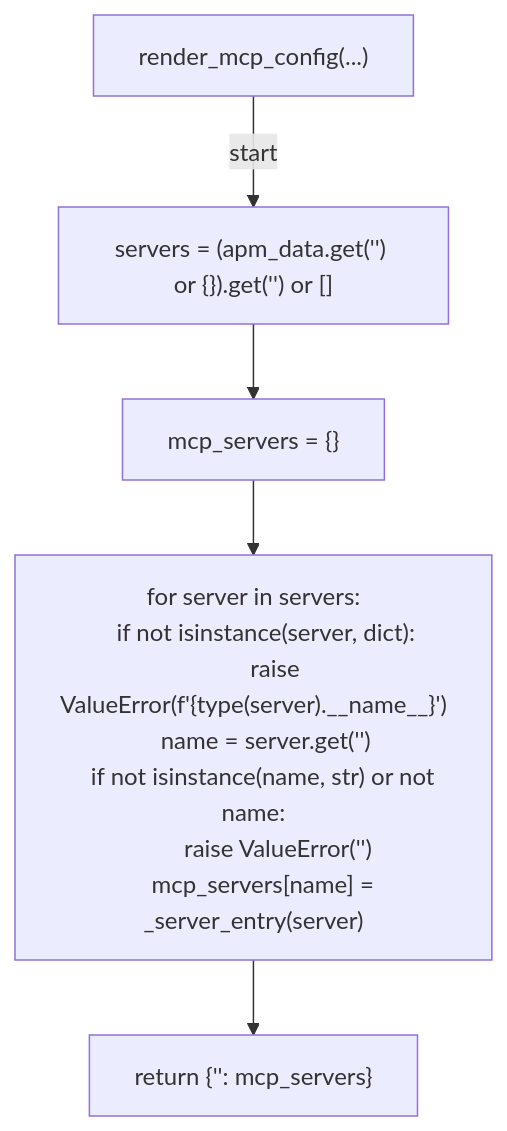
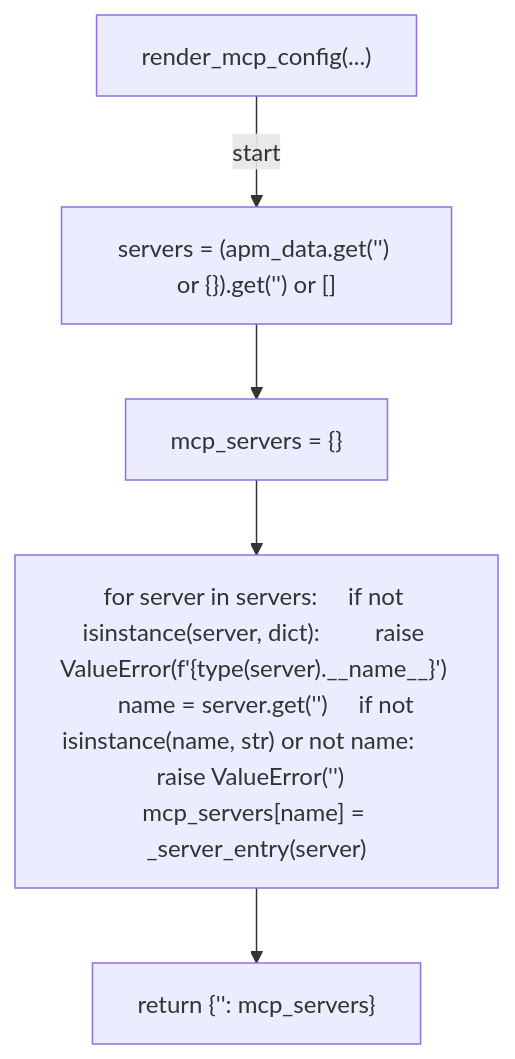
Before and after one commit to tvna/claude-md: the second of 5 diagrams in docs/generated/scripts/ast/gen_mcp_json.md, drawn with Mermaid. The commit also changed other lines of this file and 30 other files, not shown here.

First line of the commit message:
docs(generated): regenerate decision tree and workflow diagrams (batch 2/5)

````diff
--- a/docs/generated/scripts/ast/gen_mcp_json.md
+++ b/docs/generated/scripts/ast/gen_mcp_json.md
@@ -47,18 +47,12 @@
 ```mermaid
 flowchart TD
     N001["render_mcp_config(...)"]
     N002["servers = (apm_data.get('<str>') or {}).get('<str>') or []"]
     N003["mcp_servers = {}"]
-    N004["for server in servers:
-    if not isinstance(server, dict):
-        raise ValueError(f'<str>{type(server).__name__}')
-    name = server.get('<str>')
-    if not isinstance(name, str) or not name:
-        raise ValueError('<str>')
-    mcp_servers[name] = _server_entry(server)"]
+    N004["for server in servers:     if not isinstance(server, dict):         raise ValueError(f'<str>{type(server).__name__}')     name = server.get('<str>')     if not isinstance(name, str) or not name:         raise ValueError('<str>')     mcp_servers[name] = _server_entry(server)"]
     N005["return {'<str>': mcp_servers}"]
     N001 -->|"start"| N002
     N002 --> N003
     N003 --> N004
     N004 --> N005
 ```
````
